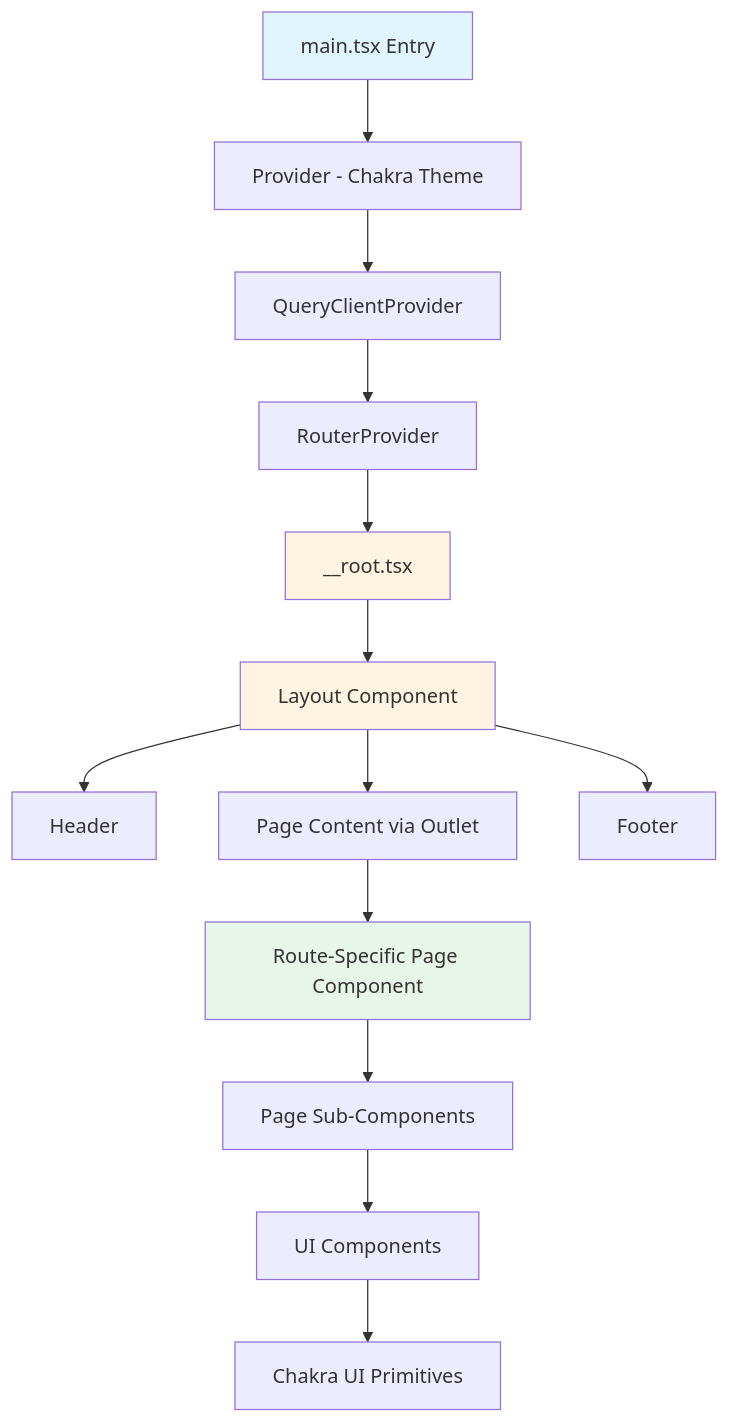
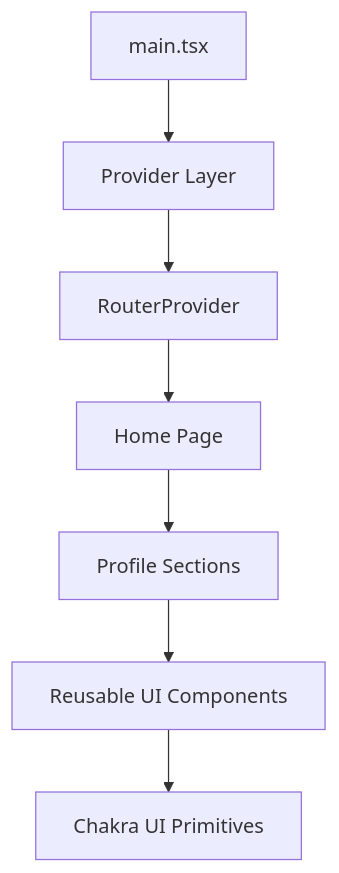
One commit to perlarenee/alma-artifex changed the diagram in SPEC.md. Above: the diagram before and after it, drawn with Mermaid. The commit also changed other lines of this file and 3 other files, not shown here.

````diff
--- a/SPEC.md
+++ b/SPEC.md
@@ -29,20 +101,9 @@
 ```mermaid
 graph TD
-    A[main.tsx Entry] --> B[Provider - Chakra Theme]
-    B --> C[QueryClientProvider]
-    C --> D[RouterProvider]
-    D --> E[__root.tsx]
-    E --> F[Layout Component]
-    F --> G[Header]
-    F --> H[Page Content via Outlet]
-    F --> I[Footer]
-    H --> J[Route-Specific Page Component]
-    J --> K[Page Sub-Components]
-    K --> L[UI Components]
-    L --> M[Chakra UI Primitives]
-    
-    style A fill:#e1f5ff
-    style E fill:#fff4e1
-    style F fill:#fff4e1
-    style J fill:#e8f5e9
+    A[main.tsx] --> B[Provider Layer]
+    B --> C[RouterProvider]
+    C --> D[Home Page]
+    D --> E[Profile Sections]
+    E --> F[Reusable UI Components]
+    F --> G[Chakra UI Primitives]
 ```
````
